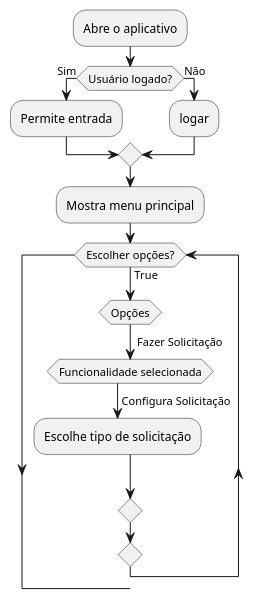
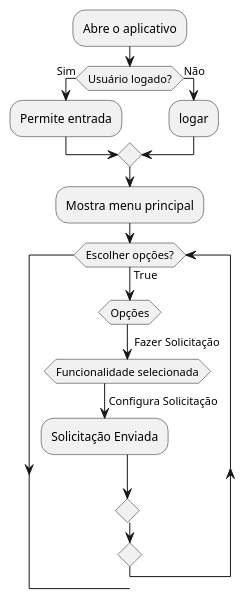
The diagram in ActivityDiagram.md (RenataArdito/Alerta-ADS), drawn with PlantUML before and after one commit.

````diff
--- a/ActivityDiagram.md
+++ b/ActivityDiagram.md
@@ -1,25 +1,25 @@
 ```plantuml
 @startuml
 
 :Abre o aplicativo;
 
 if (Usuário logado?) then (Sim)
     :Permite entrada;
 else (Não)
     :logar;
 endif
 :Mostra menu principal;
 
 while (Escolher opções?) is (True)
 
 switch (Opções)
 case ( Fazer Solicitação )
     switch (Funcionalidade selecionada)
     case (Configura Solicitação)
-        :Escolhe tipo de solicitação;
+        :Solicitação Enviada;
     endswitch
 endswitch
 
 
 @enduml
 ```
````
